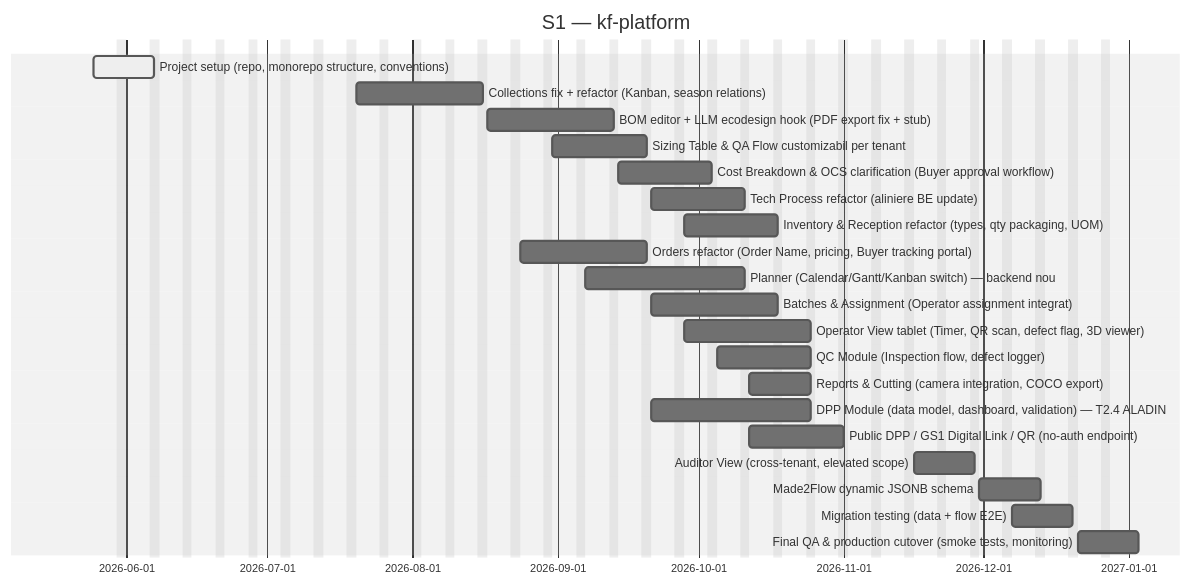
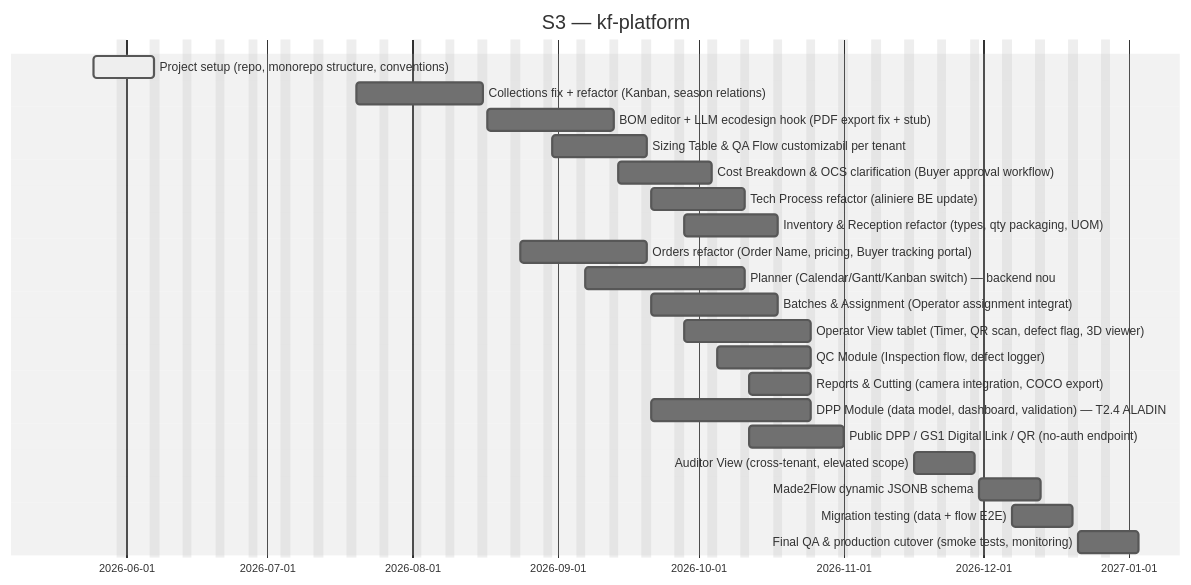
One commit to Katty-Fashion/kf-cpto changed the second of 3 diagrams in docs/_projects/kf-platform.md. Above: the diagram before and after it, drawn with Mermaid (neutral theme). The commit also changed other lines of this file and 11 other files, not shown here.

````diff
--- a/docs/_projects/kf-platform.md
+++ b/docs/_projects/kf-platform.md
@@ -96,26 +96,26 @@
 ```mermaid
 gantt
-    title S1 — kf-platform
+    title S3 — kf-platform
     dateFormat YYYY-MM-DD
     excludes weekends
 
     Project setup (repo, monorepo structure, conventions) :active, 2026-05-25, 2026-06-07
     Collections fix + refactor (Kanban, season relations) :2026-07-20, 2026-08-16
     BOM editor + LLM ecodesign hook (PDF export fix + stub) :2026-08-17, 2026-09-13
     Sizing Table & QA Flow customizabil per tenant :2026-08-31, 2026-09-20
     Cost Breakdown & OCS clarification (Buyer approval workflow) :2026-09-14, 2026-10-04
     Tech Process refactor (aliniere BE update) :2026-09-21, 2026-10-11
     Inventory & Reception refactor (types, qty packaging, UOM) :2026-09-28, 2026-10-18
     Orders refactor (Order Name, pricing, Buyer tracking portal) :2026-08-24, 2026-09-20
     Planner (Calendar/Gantt/Kanban switch) — backend nou :2026-09-07, 2026-10-11
     Batches & Assignment (Operator assignment integrat) :2026-09-21, 2026-10-18
     Operator View tablet (Timer, QR scan, defect flag, 3D viewer) :2026-09-28, 2026-10-25
     QC Module (Inspection flow, defect logger) :2026-10-05, 2026-10-25
     Reports & Cutting (camera integration, COCO export) :2026-10-12, 2026-10-25
     DPP Module (data model, dashboard, validation) — T2.4 ALADIN :2026-09-21, 2026-10-25
     Public DPP / GS1 Digital Link / QR (no-auth endpoint) :2026-10-12, 2026-11-01
     Auditor View (cross-tenant, elevated scope) :2026-11-16, 2026-11-29
     Made2Flow dynamic JSONB schema :2026-11-30, 2026-12-13
     Migration testing (data + flow E2E) :2026-12-07, 2026-12-20
     Final QA & production cutover (smoke tests, monitoring) :2026-12-21, 2027-01-03
 ```
````
